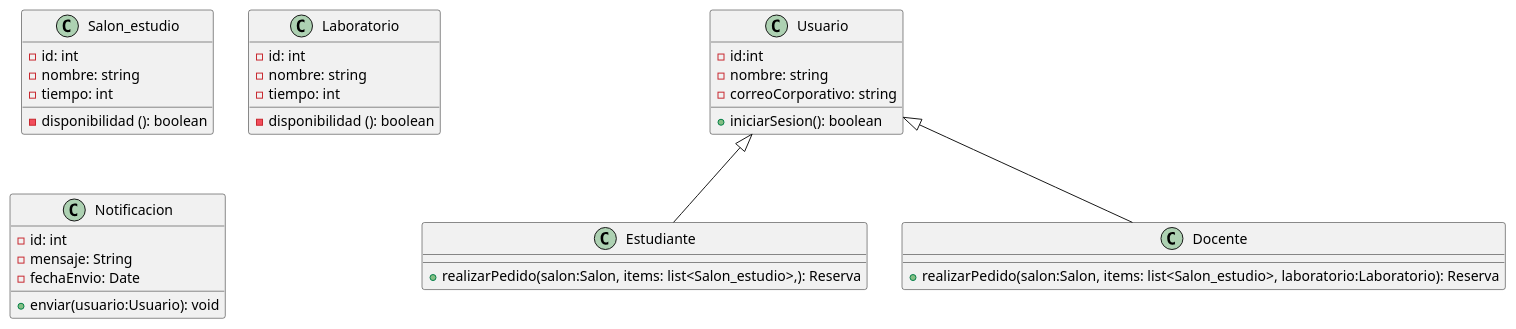
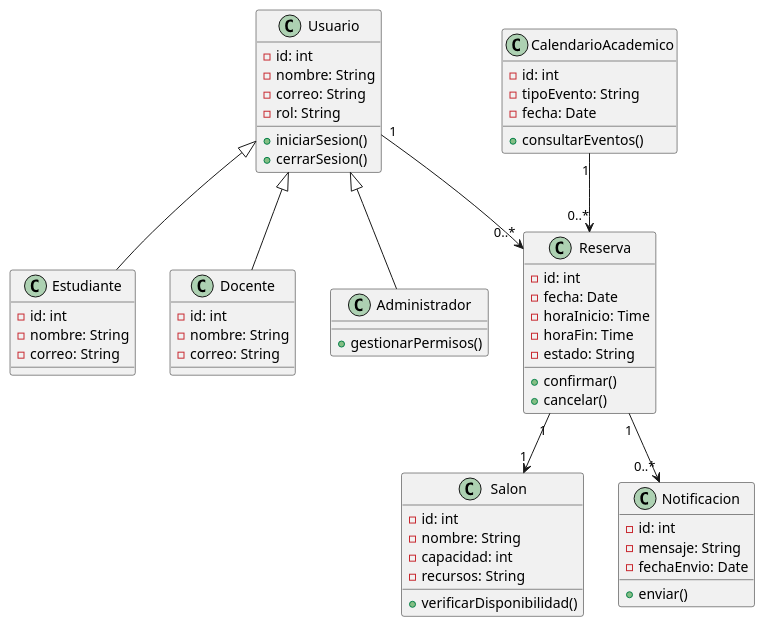
Before and after one commit to eddiesan14/salones-: the diagram in clases.plantuml, drawn with PlantUML. The commit also changed 2 other files, not shown here.

```diff
--- a/clases.plantuml
+++ b/clases.plantuml
@@ -1,46 +1,68 @@
-@startuml clasesSalones
-
+@startuml ClaseSalon
 class Usuario {
-    - id:int
-    - nombre: string
-    - correoCorporativo: string
-    + iniciarSesion(): boolean
+  - id: int
+  - nombre: String
+  - correo: String
+  - rol: String
+  + iniciarSesion()
+  + cerrarSesion()
 }
 
 class Estudiante {
-    + realizarPedido(salon:Salon, items: list<Salon_estudio>,): Reserva
+    - id: int
+    - nombre: String
+    - correo: String
 }
 
-class Docente {
-    + realizarPedido(salon:Salon, items: list<Salon_estudio>, laboratorio:Laboratorio): Reserva
+class Docente {  
+  - id: int
+  - nombre: String
+  - correo: String
+}
+class Administrador {
+  + gestionarPermisos()
 }
 
-class Salon_estudio{
-    - id: int
-    - nombre: string
-    - disponibilidad (): boolean 
-    - tiempo: int
-    
+class Salon {
+  - id: int
+  - nombre: String
+  - capacidad: int
+  - recursos: String
+  + verificarDisponibilidad()
 }
 
-class Laboratorio{
-    - id: int
-    - nombre: string
-    - disponibilidad (): boolean 
-    - tiempo: int
+class Reserva {
+  - id: int
+  - fecha: Date
+  - horaInicio: Time
+  - horaFin: Time
+  - estado: String
+  + confirmar()
+  + cancelar()
 }
 
+class CalendarioAcademico {
+  - id: int
+  - tipoEvento: String
+  - fecha: Date
+  + consultarEventos()
+}
 
-class Notificacion{
-    - id: int
-    - mensaje: String
-    - fechaEnvio: Date
-    + enviar(usuario:Usuario): void
+class Notificacion {
+  - id: int
+  - mensaje: String
+  - fechaEnvio: Date
+  + enviar()
 }
 
 Usuario <|-- Estudiante
 Usuario <|-- Docente
+Usuario <|-- Administrador
 
+Usuario "1" --> "0..*" Reserva
+Reserva "1" --> "1" Salon
+Reserva "1" --> "0..*" Notificacion
 
+CalendarioAcademico "1" --> "0..*" Reserva
 
 @enduml
```
